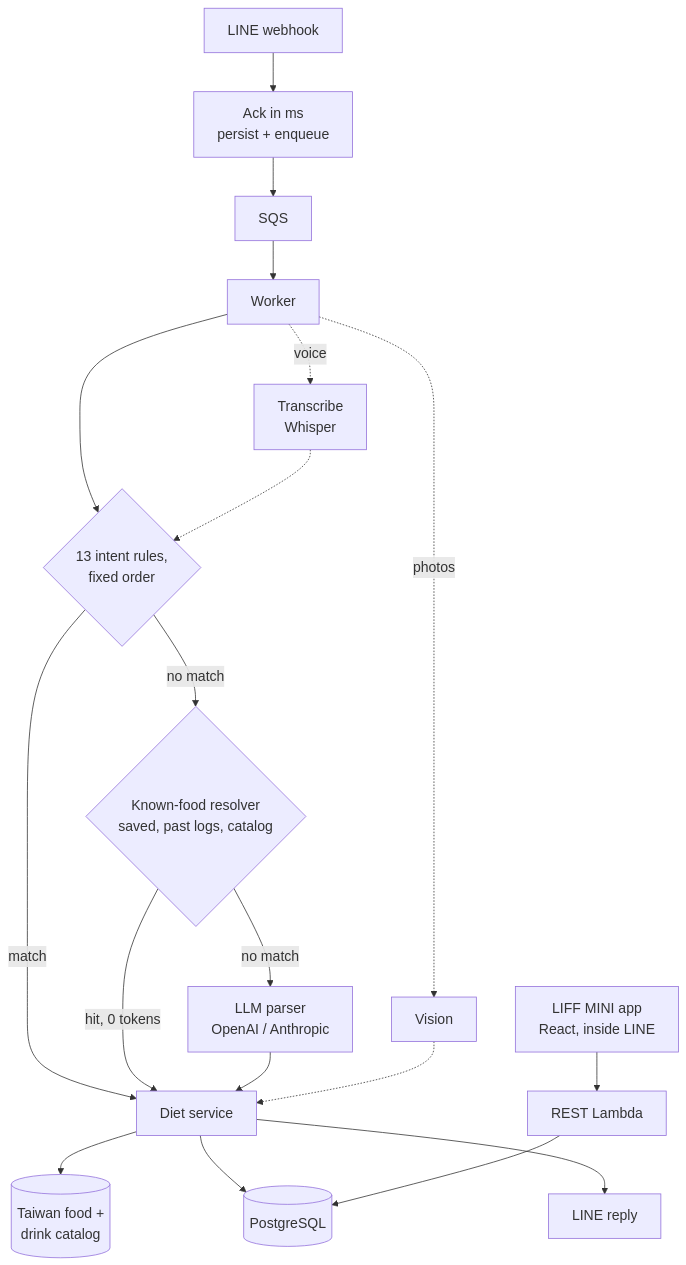
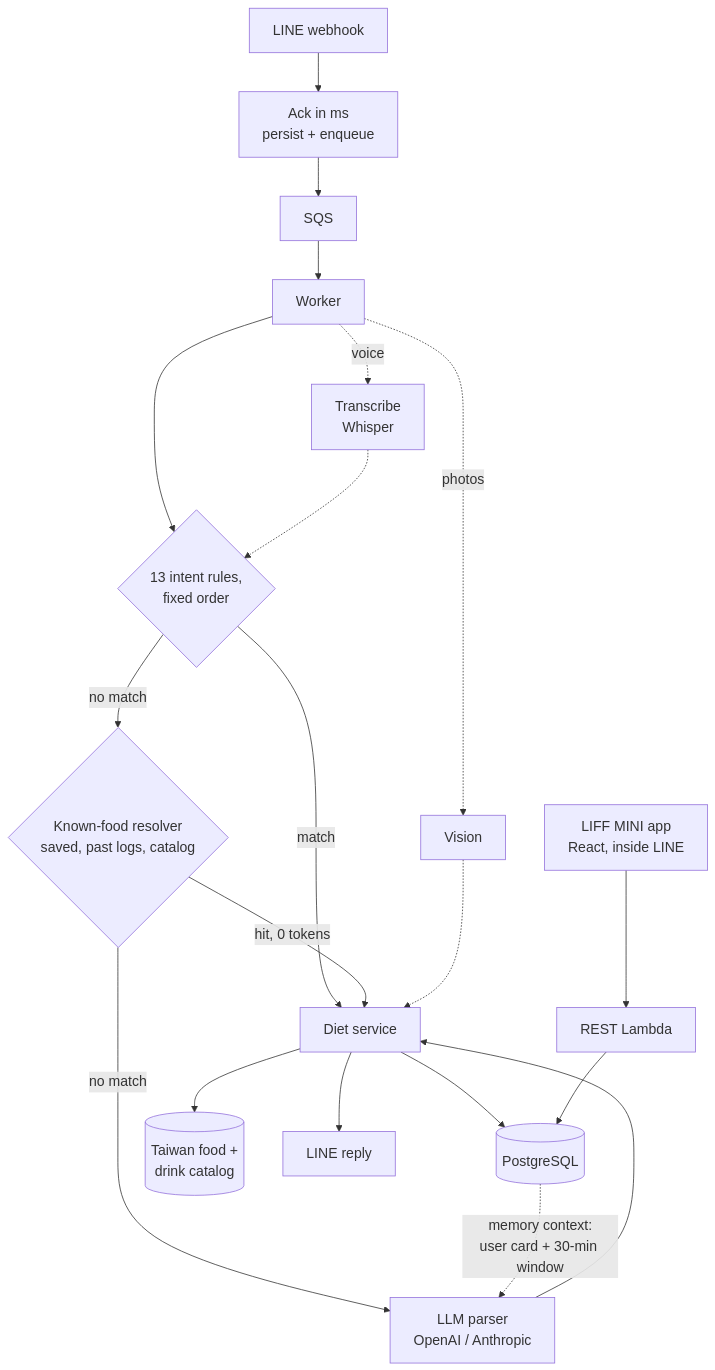
The diagram in README.md (jeffery12697/fitneko-case-study), drawn with Mermaid before and after one commit. The commit also changed other lines of this file and 2 other files, not shown here.

Commit message:
Devlog: phase 18b memory foundation (user card + conversation window)

````diff
--- a/README.md
+++ b/README.md
@@ -31,16 +32,17 @@
 ```mermaid
 %%{init: {"themeVariables": {"fontSize": "18px"}}}%%
 flowchart TD
     LINE[LINE webhook] --> WH[Ack in ms<br/>persist + enqueue] --> Q[SQS] --> W[Worker]
     W --> RP{13 intent rules,<br/>fixed order}
     RP -->|match| SVC[Diet service]
     RP -->|no match| KF{Known-food resolver<br/>saved, past logs, catalog}
     KF -->|hit, 0 tokens| SVC
     KF -->|no match| LLM[LLM parser<br/>OpenAI / Anthropic] --> SVC
+    PG -.->|memory context:<br/>user card + 30-min window| LLM
     W -.->|photos| VIS[Vision] -.-> SVC
     W -.->|voice| STT[Transcribe<br/>Whisper] -.-> RP
     SVC --> CAT[(Taiwan food +<br/>drink catalog)]
     SVC --> PG[(PostgreSQL)]
     SVC --> REPLY[LINE reply]
     LIFF[LIFF MINI app<br/>React, inside LINE] --> API[REST Lambda] --> PG
 ```
````
